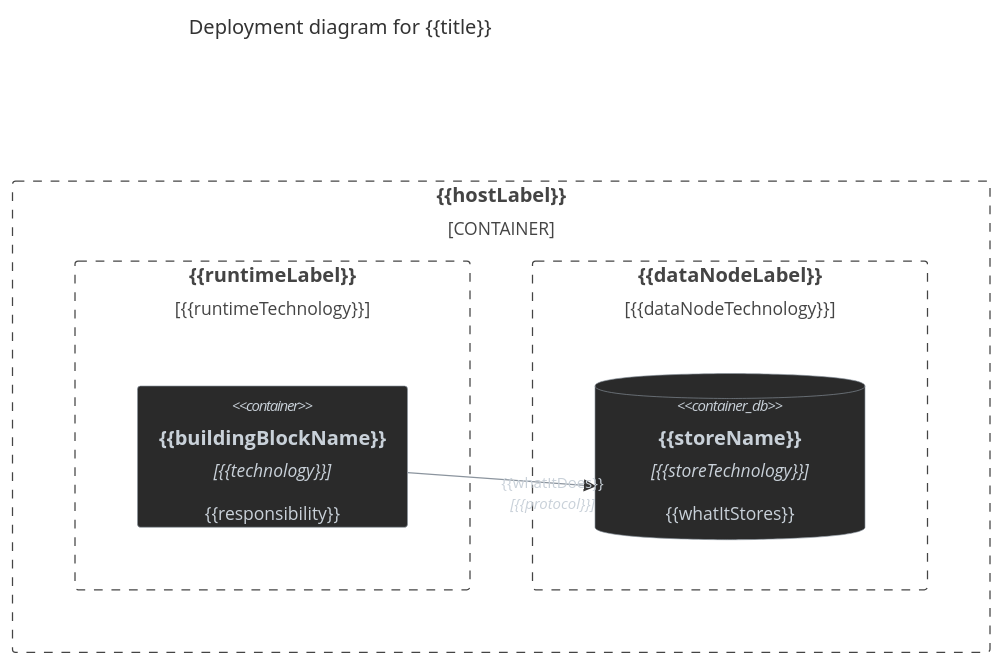
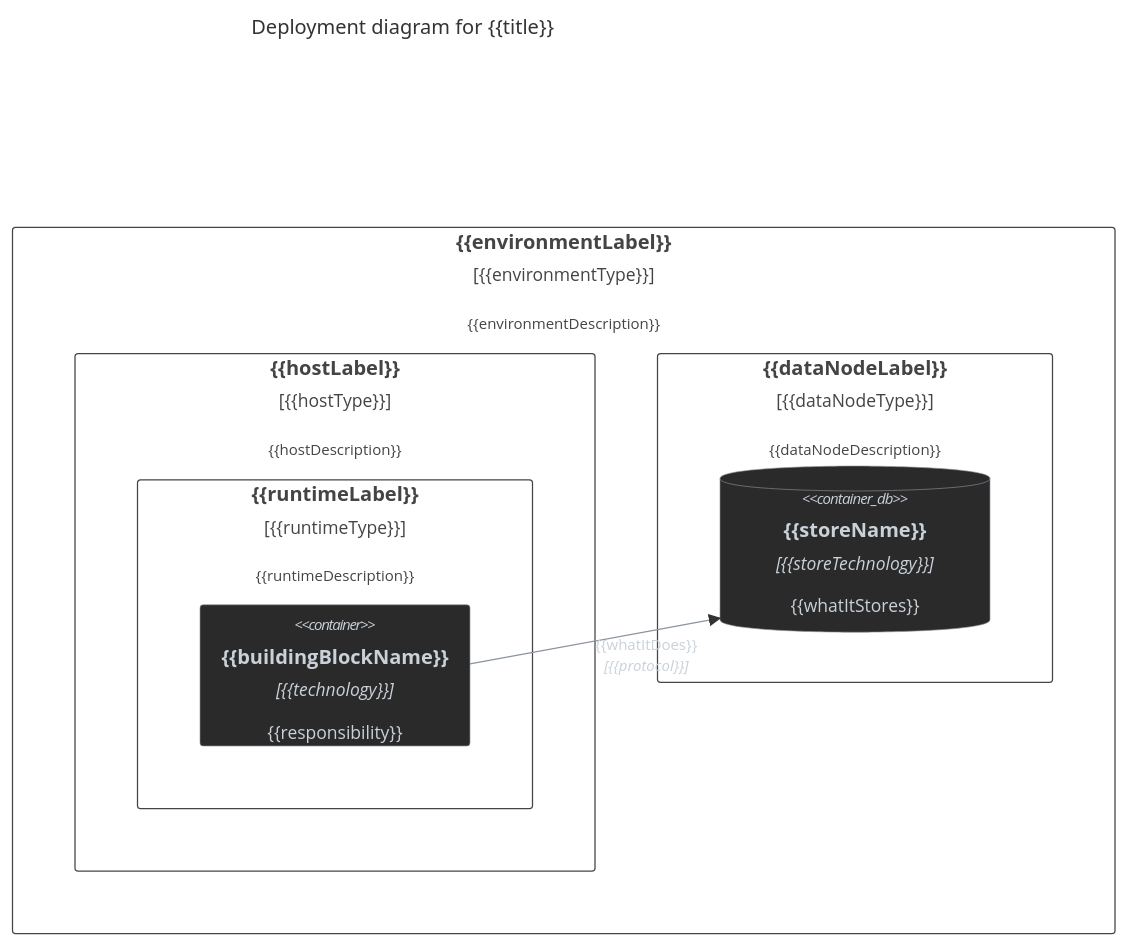
One commit to antshc/brain changed the diagram in plugins/wf/skills/architecture-diagram/templates/deployment-view-template.md. Above: the diagram before and after it, drawn with Mermaid. The commit also changed other lines of this file, not shown here.

Commit message:
Refactor deployment template to C4Deployment

````diff
--- a/plugins/wf/skills/architecture-diagram/templates/deployment-view-template.md
+++ b/plugins/wf/skills/architecture-diagram/templates/deployment-view-template.md
@@ -111,24 +119,26 @@
 ```mermaid
 ---
 config:
   c4:
     c4ShapePadding: 20
 ---
-C4Container
+C4Deployment
     title Deployment diagram for {{title}}
 
-    Container_Boundary({{hostAlias}}, "{{hostLabel}}") {
-        Boundary({{runtimeAlias}}, "{{runtimeLabel}}", "{{runtimeTechnology}}") {
-            Container({{componentAlias}}, "{{buildingBlockName}}", "{{technology}}", "{{responsibility}}")
+    Deployment_Node({{environmentAlias}}, "{{environmentLabel}}", "{{environmentType}}", "{{environmentDescription}}") {
+        Deployment_Node({{hostAlias}}, "{{hostLabel}}", "{{hostType}}", "{{hostDescription}}") {
+            Node({{runtimeAlias}}, "{{runtimeLabel}}", "{{runtimeType}}", "{{runtimeDescription}}") {
+                Container({{componentAlias}}, "{{buildingBlockName}}", "{{technology}}", "{{responsibility}}")
+            }
         }
-        Boundary({{dataNodeAlias}}, "{{dataNodeLabel}}", "{{dataNodeTechnology}}") {
+        Deployment_Node({{dataNodeAlias}}, "{{dataNodeLabel}}", "{{dataNodeType}}", "{{dataNodeDescription}}") {
             ContainerDb({{storeAlias}}, "{{storeName}}", "{{storeTechnology}}", "{{whatItStores}}")
         }
     }
 
     Rel({{componentAlias}}, {{storeAlias}}, "{{whatItDoes}}", "{{protocol}}")
 
     UpdateElementStyle({{componentAlias}}, $fontColor="#c9d1d9", $bgColor="#2a2a2a", $borderColor="#8b949e")
     UpdateElementStyle({{storeAlias}}, $fontColor="#c9d1d9", $bgColor="#2a2a2a", $borderColor="#8b949e")
     UpdateRelStyle({{componentAlias}}, {{storeAlias}}, $textColor="#c9d1d9", $lineColor="#8b949e")
 ```
````
